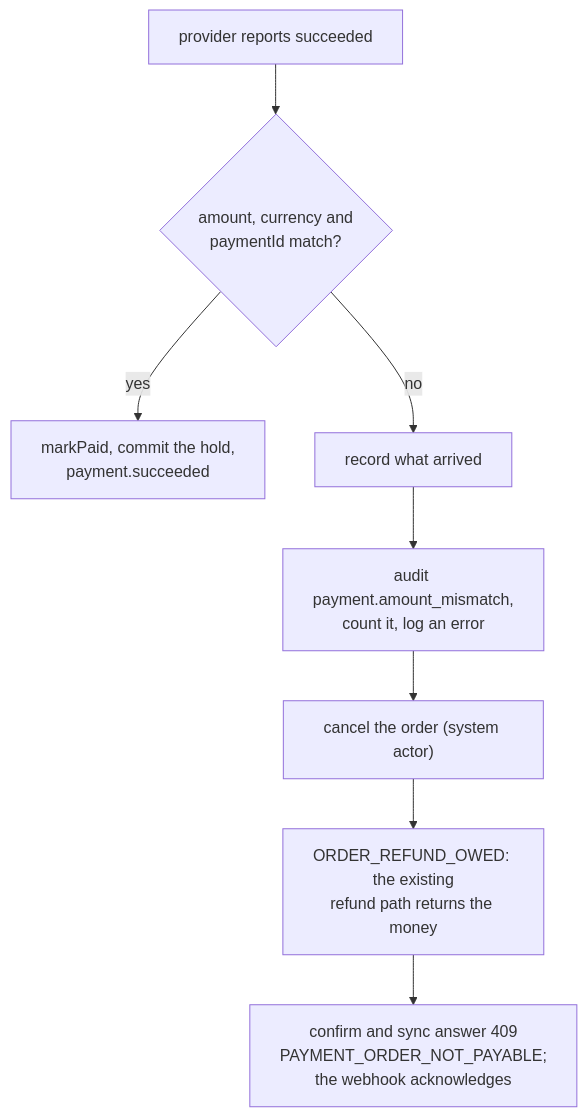
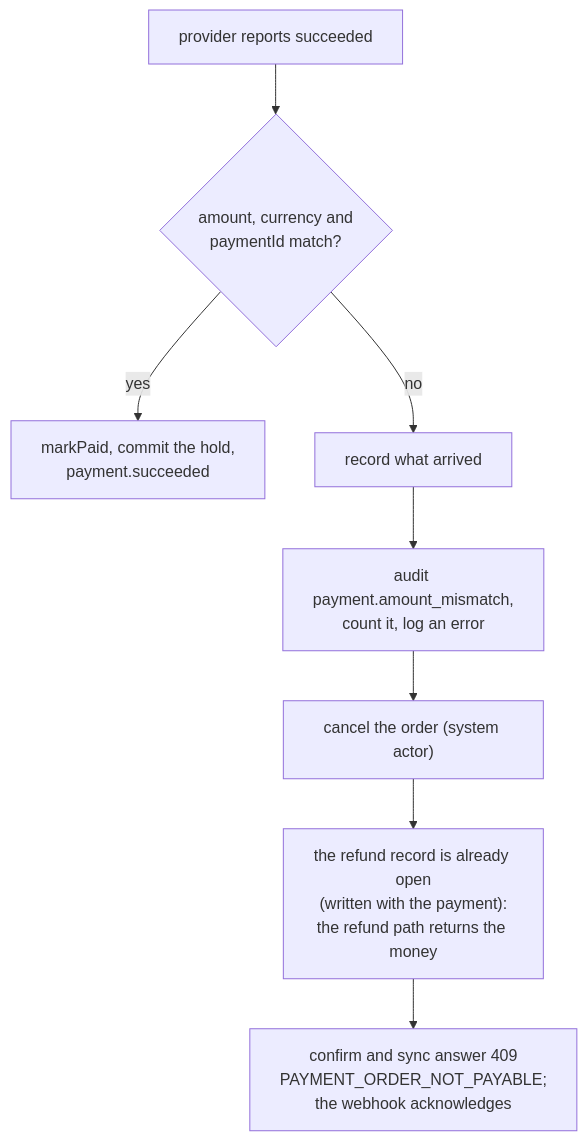
One commit to Guebbit/boilerplate-node-backend changed the second of 12 diagrams in docs/modules/payments.md. Above: the diagram before and after it, drawn with Mermaid. The commit also changed other lines of this file and 45 other files, not shown here.

````diff
--- a/docs/modules/payments.md
+++ b/docs/modules/payments.md
@@ -158,10 +164,10 @@
 ```mermaid
 flowchart TD
     S["provider reports succeeded"] --> C{"amount, currency and<br/>paymentId match?"}
     C -->|yes| P["markPaid, commit the hold,<br/>payment.succeeded"]
     C -->|no| W["record what arrived"]
     W --> A["audit payment.amount_mismatch,<br/>count it, log an error"]
     A --> X["cancel the order (system actor)"]
-    X --> R["ORDER_REFUND_OWED: the existing<br/>refund path returns the money"]
+    X --> R["the refund record is already open<br/>(written with the payment):<br/>the refund path returns the money"]
     R --> A409["confirm and sync answer 409<br/>PAYMENT_ORDER_NOT_PAYABLE;<br/>the webhook acknowledges"]
 ```
````
